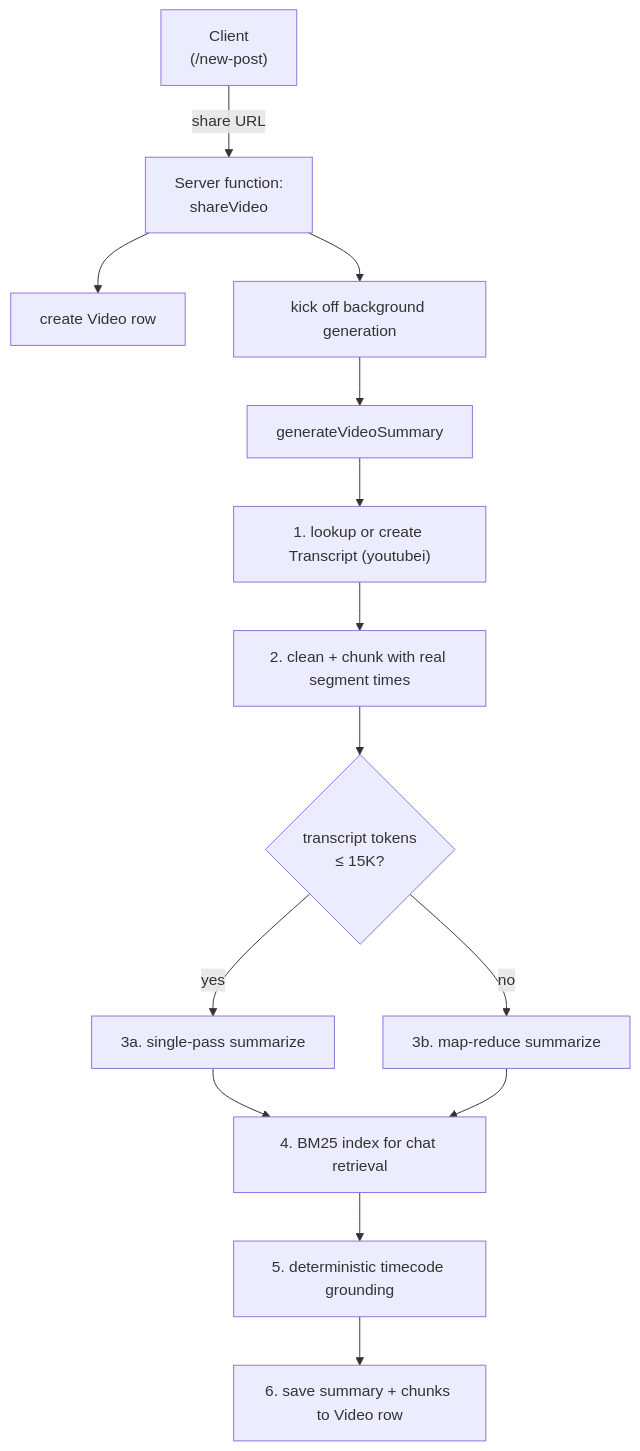
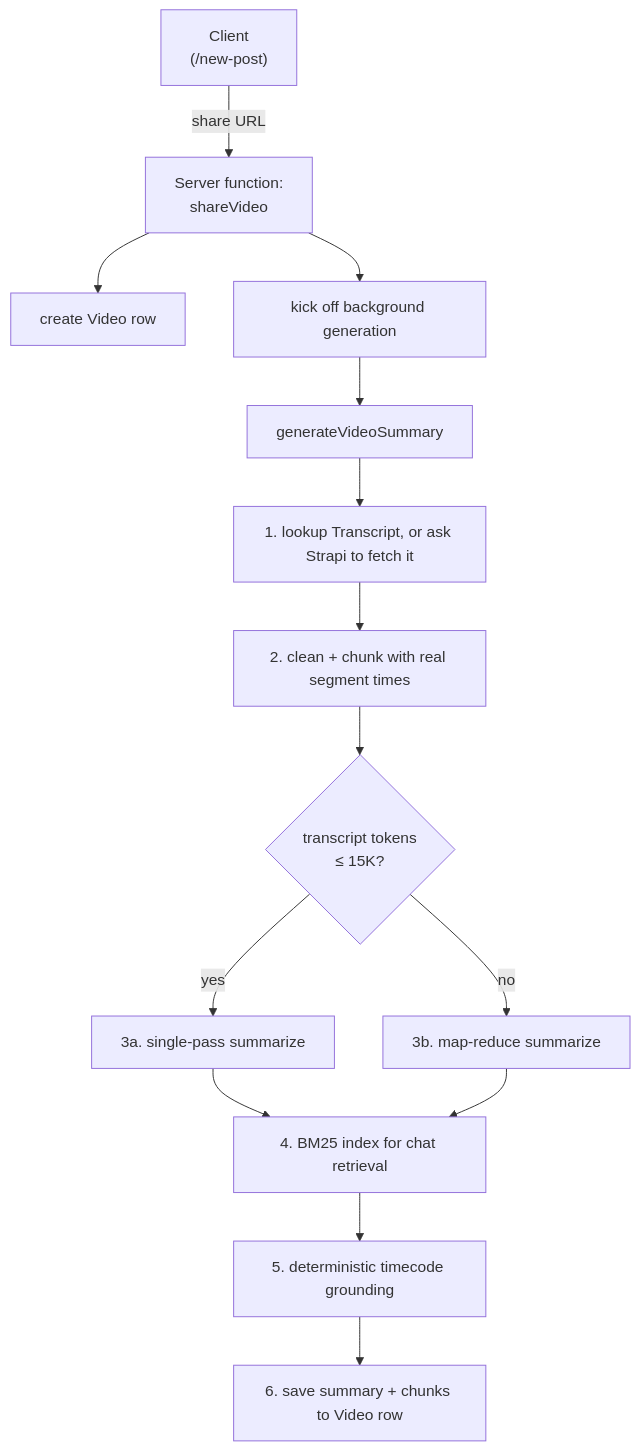
The first of 2 diagrams in README.md (PaulBratslavsky/yt-local-llm-knowledge-base-with-mcp), drawn with Mermaid before and after one commit. The commit also changed other lines of this file and 19 other files, not shown here.

First line of the commit message:
feat: fetch every transcript in Strapi, one fetcher for the app and MCP

````diff
--- a/README.md
+++ b/README.md
@@ -72,16 +72,16 @@
 ```mermaid
 flowchart TD
     A["Client<br/>(/new-post)"] -->|share URL| B["Server function:<br/>shareVideo"]
     B --> B1["create Video row"]
     B --> B2["kick off background generation"]
     B2 --> C["generateVideoSummary"]
-    C --> C1["1. lookup or create Transcript (youtubei)"]
+    C --> C1["1. lookup Transcript, or ask Strapi to fetch it"]
     C1 --> C2["2. clean + chunk with real segment times"]
     C2 --> C3{"transcript tokens<br/>&le; 15K?"}
     C3 -->|yes| C4a["3a. single-pass summarize"]
     C3 -->|no| C4b["3b. map-reduce summarize"]
     C4a --> C5["4. BM25 index for chat retrieval"]
     C4b --> C5
     C5 --> C6["5. deterministic timecode grounding"]
     C6 --> C7["6. save summary + chunks to Video row"]
 ```
````
